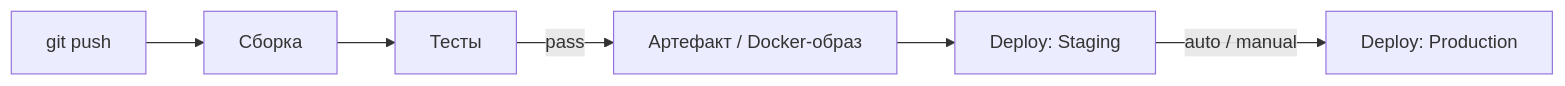
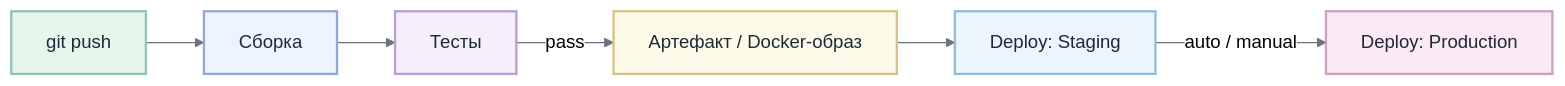
The first of 7 diagrams in docs/interview/cicd.md (MishaSytch/middle_java_back), drawn with Mermaid before and after one commit. The commit also changed other lines of this file and 15 other files, not shown here.

````diff
--- a/docs/interview/cicd.md
+++ b/docs/interview/cicd.md
@@ -14,8 +14,21 @@
 ```mermaid
+%%{init: { 'theme': 'neutral', 'themeVariables': { 'primaryColor': '#ffffff', 'primaryTextColor': '#1f2937', 'lineColor': '#6b7280', 'primaryBorderColor': '#d1d5db', 'secondaryColor': '#f3f4f6', 'tertiaryColor': '#e5e7eb' } } }%%
 flowchart LR
     Commit[git push] --> Build[Сборка]
     Build --> Test[Тесты]
     Test -->|pass| Artifact[Артефакт / Docker-образ]
     Artifact --> Staging[Deploy: Staging]
     Staging -->|auto / manual| Prod[Deploy: Production]
+    classDef n0 fill:#e5f7ed,stroke:#92c4ad,stroke-width:2px,color:#1f2937
+    classDef n1 fill:#eef4ff,stroke:#93a8d4,stroke-width:2px,color:#1f2937
+    classDef n2 fill:#f6eefa,stroke:#bb9ed4,stroke-width:2px,color:#1f2937
+    classDef n3 fill:#fdf9e8,stroke:#d4c38a,stroke-width:2px,color:#1f2937
+    classDef n4 fill:#eaf5fd,stroke:#94bcd8,stroke-width:2px,color:#1f2937
+    classDef n5 fill:#fbeaf3,stroke:#cf9fc2,stroke-width:2px,color:#1f2937
+    class Commit n0
+    class Build n1
+    class Test n2
+    class Artifact n3
+    class Staging n4
+    class Prod n5
 ```
````
